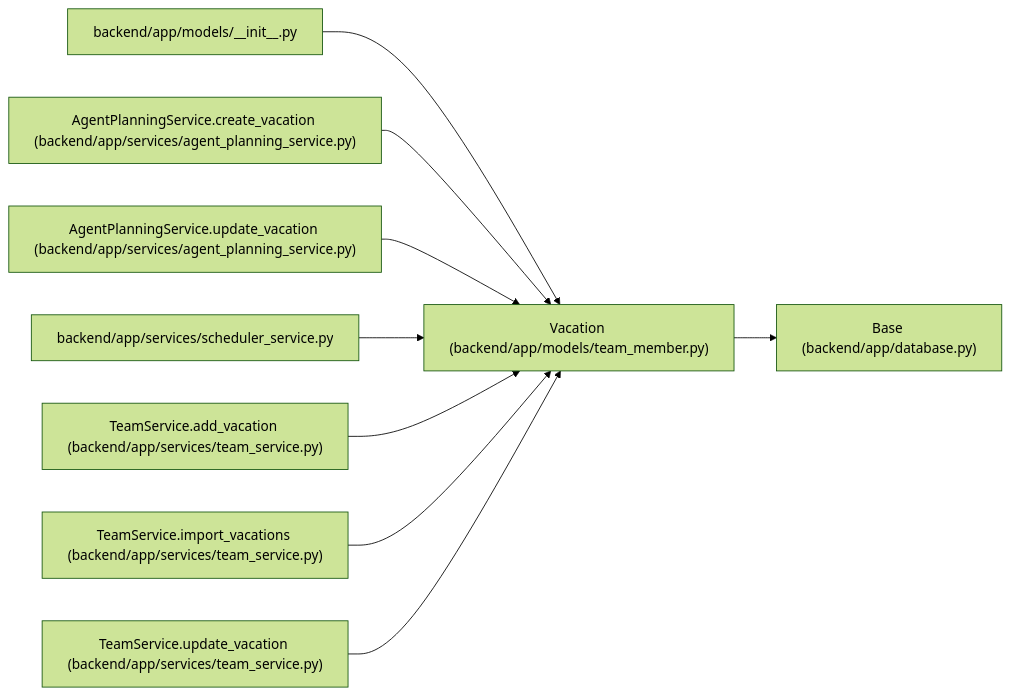
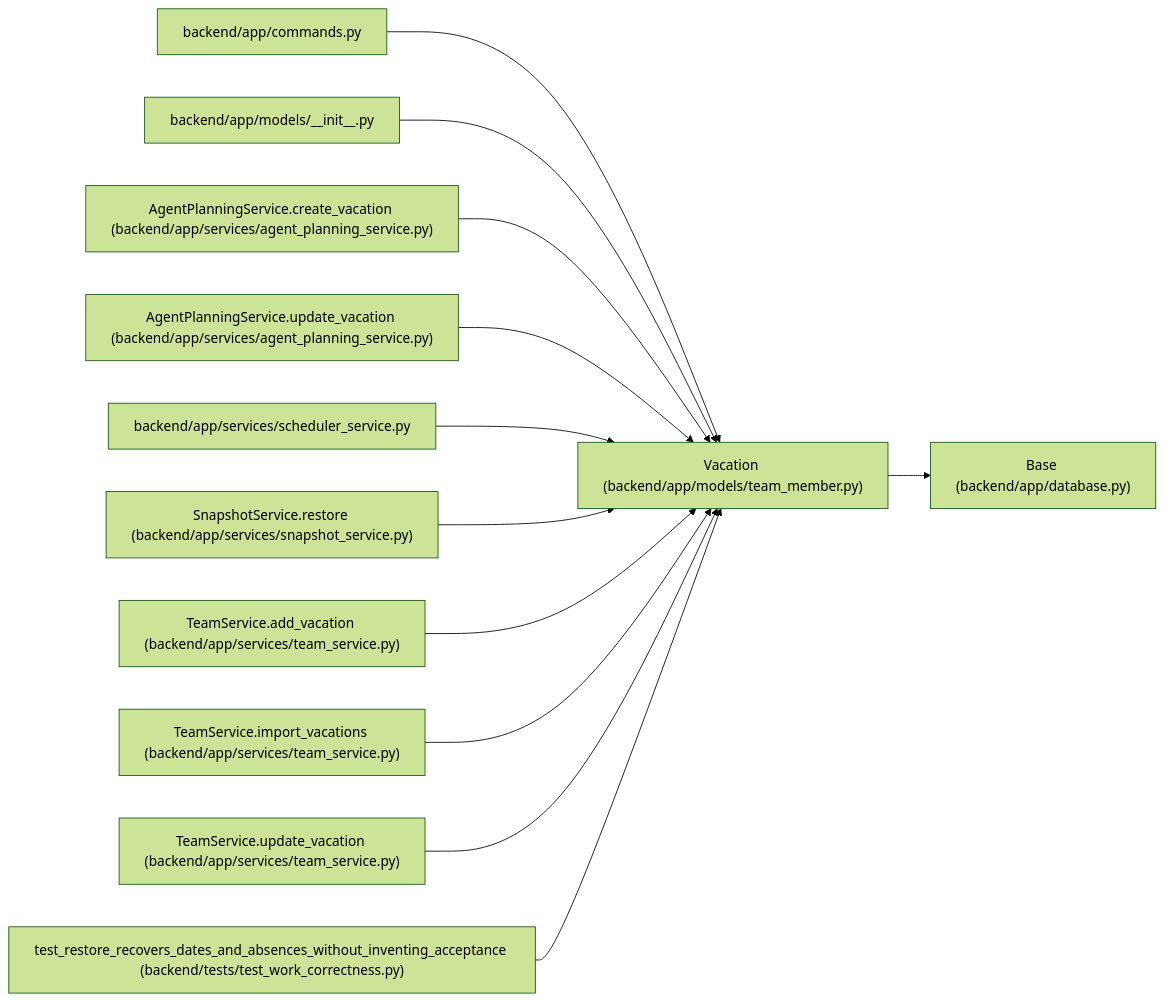
Before and after one commit to Denissvgn/WorkChord: the diagram in docs/llm_wiki/entities/team_member_Vacation.md, drawn with Mermaid (forest theme). The commit also changed other lines of this file and 958 other files, not shown here.

First line of the commit message:
docs(wiki): refresh identity and recovery architecture

````diff
--- a/docs/llm_wiki/entities/team_member_Vacation.md
+++ b/docs/llm_wiki/entities/team_member_Vacation.md
@@ -29,29 +29,38 @@
 ```mermaid
 flowchart LR
     n0["Vacation (backend/app/models/team_member.py)"]
     n1["Base (backend/app/database.py)"]
-    n2["backend/app/models/__init__.py"]
-    n3["AgentPlanningService.create_vacation (backend/app/services/agent_planning_service.py)"]
-    n4["AgentPlanningService.update_vacation (backend/app/services/agent_planning_service.py)"]
-    n5["backend/app/services/scheduler_service.py"]
-    n6["TeamService.add_vacation (backend/app/services/team_service.py)"]
-    n7["TeamService.import_vacations (backend/app/services/team_service.py)"]
-    n8["TeamService.update_vacation (backend/app/services/team_service.py)"]
+    n2["backend/app/commands.py"]
+    n3["backend/app/models/__init__.py"]
+    n4["AgentPlanningService.create_vacation (backend/app/services/agent_planning_service.py)"]
+    n5["AgentPlanningService.update_vacation (backend/app/services/agent_planning_service.py)"]
+    n6["backend/app/services/scheduler_service.py"]
+    n7["SnapshotService.restore (backend/app/services/snapshot_service.py)"]
+    n8["TeamService.add_vacation (backend/app/services/team_service.py)"]
+    n9["TeamService.import_vacations (backend/app/services/team_service.py)"]
+    n10["TeamService.update_vacation (backend/app/services/team_service.py)"]
+    n11["test_restore_recovers_dates_and_absences_without_inventing_acceptance (backend/tests/test_work_correctness.py)"]
     n0 --> n1
     n2 --> n0
     n3 --> n0
     n4 --> n0
     n5 --> n0
     n6 --> n0
     n7 --> n0
     n8 --> n0
+    n9 --> n0
+    n10 --> n0
+    n11 --> n0
     click n0 "../modules/team_member.md"
     click n1 "../modules/app_database.md"
-    click n2 "../modules/models___init__.md"
-    click n3 "../modules/agent_planning_service.md"
+    click n2 "../modules/commands.md"
+    click n3 "../modules/models___init__.md"
     click n4 "../modules/agent_planning_service.md"
-    click n5 "../modules/scheduler_service.md"
-    click n6 "../modules/team_service.md"
-    click n7 "../modules/team_service.md"
+    click n5 "../modules/agent_planning_service.md"
+    click n6 "../modules/scheduler_service.md"
+    click n7 "../modules/snapshot_service.md"
     click n8 "../modules/team_service.md"
+    click n9 "../modules/team_service.md"
+    click n10 "../modules/team_service.md"
+    click n11 "../modules/test_work_correctness.md"
 ```
````
